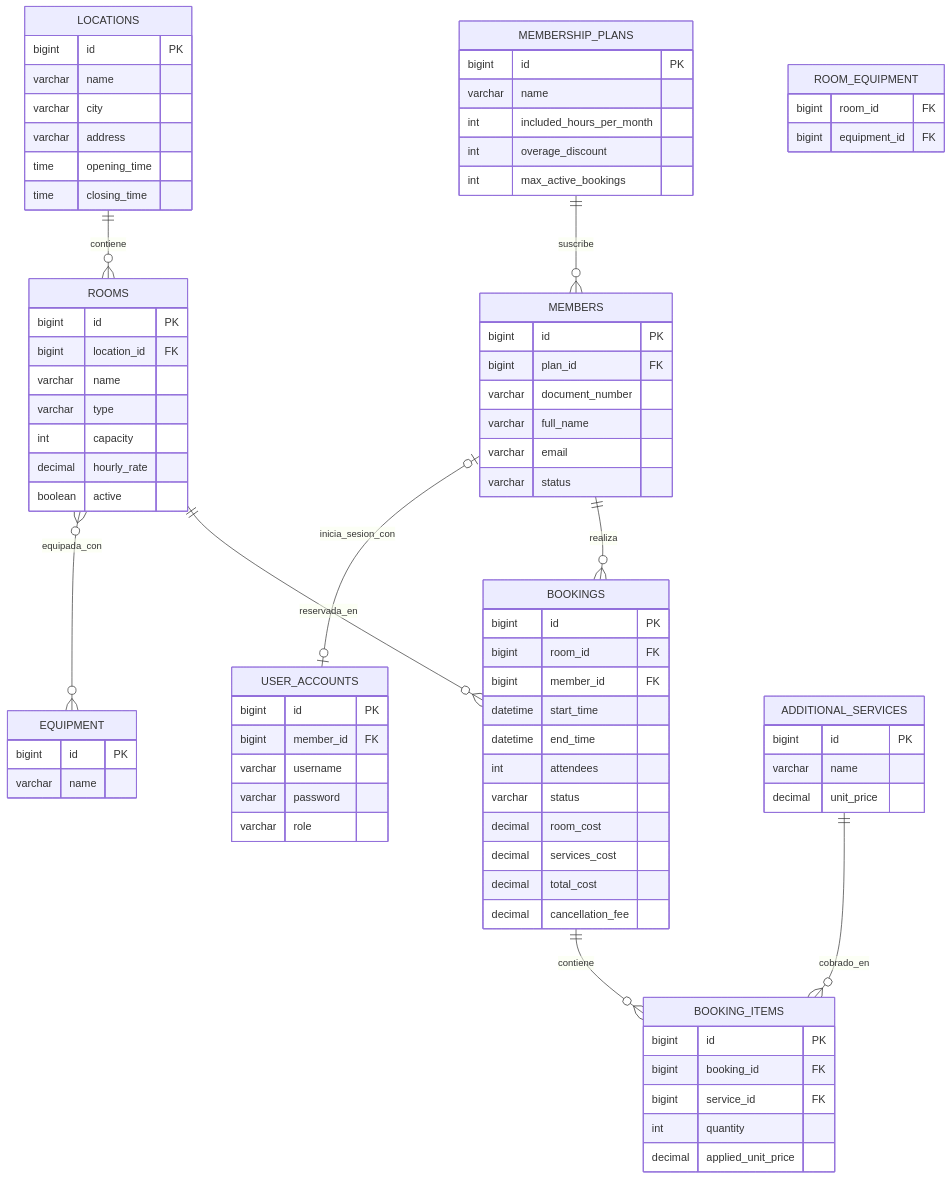
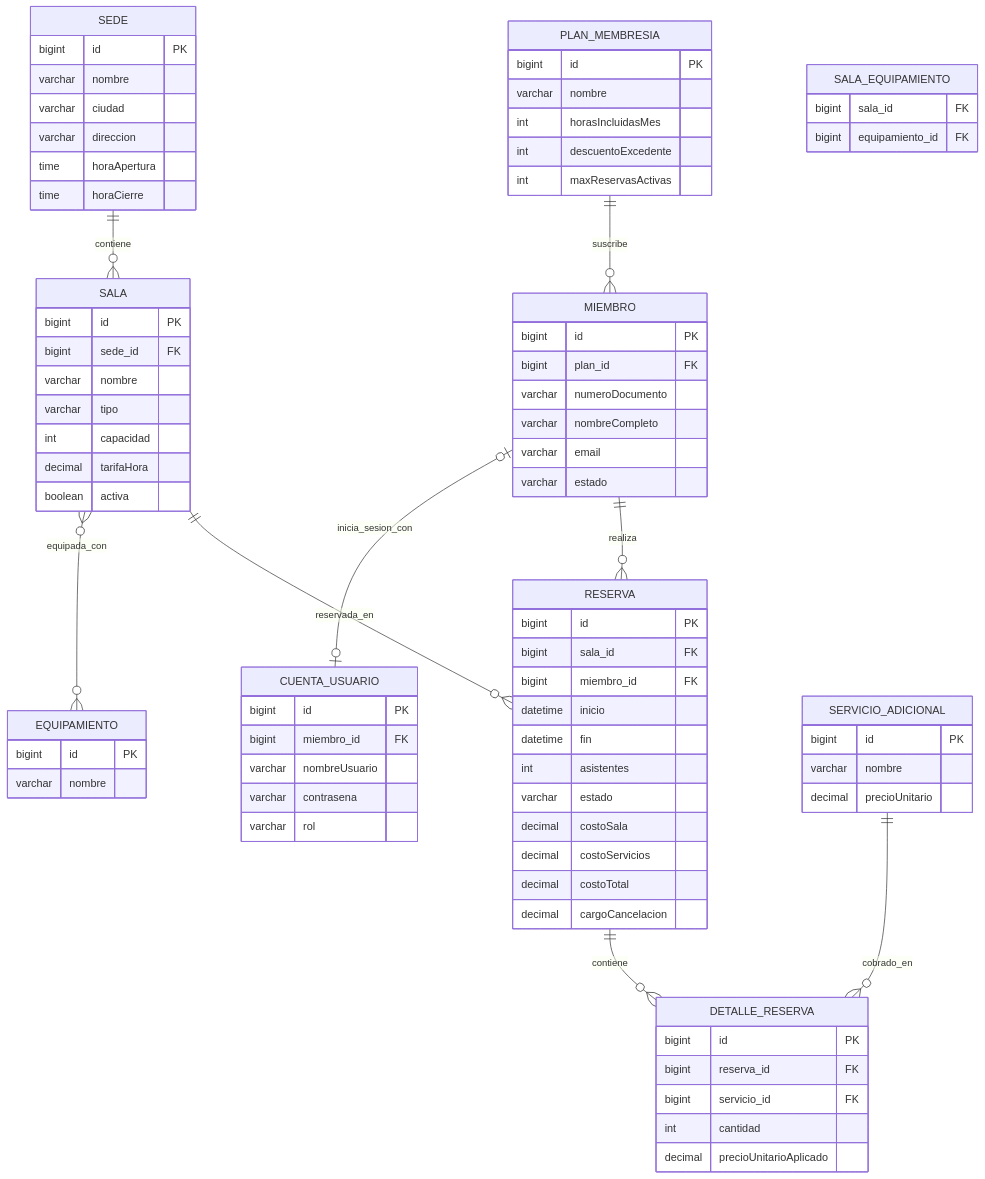
Before and after one commit to vengalai/Proyecto-CoWorkHub: the diagram in docs/01-analisis.md, drawn with Mermaid. The commit also changed other lines of this file and 105 other files, not shown here.

````diff
--- a/docs/01-analisis.md
+++ b/docs/01-analisis.md
@@ -49,84 +73,84 @@
 ```mermaid
 erDiagram
-    LOCATIONS ||--o{ ROOMS : contiene
-    ROOMS }o--o{ EQUIPMENT : equipada_con
-    MEMBERSHIP_PLANS ||--o{ MEMBERS : suscribe
-    MEMBERS |o--o| USER_ACCOUNTS : inicia_sesion_con
-    MEMBERS ||--o{ BOOKINGS : realiza
-    ROOMS ||--o{ BOOKINGS : reservada_en
-    BOOKINGS ||--o{ BOOKING_ITEMS : contiene
-    ADDITIONAL_SERVICES ||--o{ BOOKING_ITEMS : cobrado_en
+    SEDE ||--o{ SALA : contiene
+    SALA }o--o{ EQUIPAMIENTO : equipada_con
+    PLAN_MEMBRESIA ||--o{ MIEMBRO : suscribe
+    MIEMBRO |o--o| CUENTA_USUARIO : inicia_sesion_con
+    MIEMBRO ||--o{ RESERVA : realiza
+    SALA ||--o{ RESERVA : reservada_en
+    RESERVA ||--o{ DETALLE_RESERVA : contiene
+    SERVICIO_ADICIONAL ||--o{ DETALLE_RESERVA : cobrado_en
 
-    LOCATIONS {
+    SEDE {
         bigint id PK
-        varchar name
-        varchar city
-        varchar address
-        time opening_time
-        time closing_time
+        varchar nombre
+        varchar ciudad
+        varchar direccion
+        time horaApertura
+        time horaCierre
     }
-    ROOMS {
+    SALA {
         bigint id PK
-        bigint location_id FK
-        varchar name
-        varchar type
-        int capacity
-        decimal hourly_rate
-        boolean active
+        bigint sede_id FK
+        varchar nombre
+        varchar tipo
+        int capacidad
+        decimal tarifaHora
+        boolean activa
     }
-    EQUIPMENT {
+    EQUIPAMIENTO {
         bigint id PK
-        varchar name
+        varchar nombre
     }
-    ROOM_EQUIPMENT {
-        bigint room_id FK
-        bigint equipment_id FK
+    SALA_EQUIPAMIENTO {
+        bigint sala_id FK
+        bigint equipamiento_id FK
     }
-    MEMBERSHIP_PLANS {
+    PLAN_MEMBRESIA {
         bigint id PK
-        varchar name
-        int included_hours_per_month
-        int overage_discount
-        int max_active_bookings
+        varchar nombre
+        int horasIncluidasMes
+        int descuentoExcedente
+        int maxReservasActivas
     }
-    MEMBERS {
+    MIEMBRO {
         bigint id PK
         bigint plan_id FK
-        varchar document_number
-        varchar full_name
+        varchar numeroDocumento
+        varchar nombreCompleto
         varchar email
-        varchar status
+        varchar estado
     }
-    USER_ACCOUNTS {
+    CUENTA_USUARIO {
         bigint id PK
-        bigint member_id FK
-        varchar username
-        varchar password
-        varchar role
+        bigint miembro_id FK
+        varchar nombreUsuario
+        varchar contrasena
+        varchar rol
     }
-    BOOKINGS {
+    RESERVA {
         bigint id PK
-        bigint room_id FK
-        bigint member_id FK
-        datetime start_time
-        datetime end_time
-        int attendees
-        varchar status
-        decimal room_cost
-        decimal services_cost
-        decimal total_cost
-        decimal cancellation_fee
+        bigint sala_id FK
+        bigint miembro_id FK
+        datetime inicio
+        datetime fin
+        int asistentes
+        varchar estado
+        decimal costoSala
+        decimal costoServicios
+        decimal costoTotal
+        decimal cargoCancelacion
     }
-    ADDITIONAL_SERVICES {
+    SERVICIO_ADICIONAL {
         bigint id PK
-        varchar name
-        decimal unit_price
+        varchar nombre
+        decimal precioUnitario
     }
-    BOOKING_ITEMS {
+    DETALLE_RESERVA {
         bigint id PK
-        bigint booking_id FK
-        bigint service_id FK
-        int quantity
-        decimal applied_unit_price
+        bigint reserva_id FK
+        bigint servicio_id FK
+        int cantidad
+        decimal precioUnitarioAplicado
     }
 ```
````
